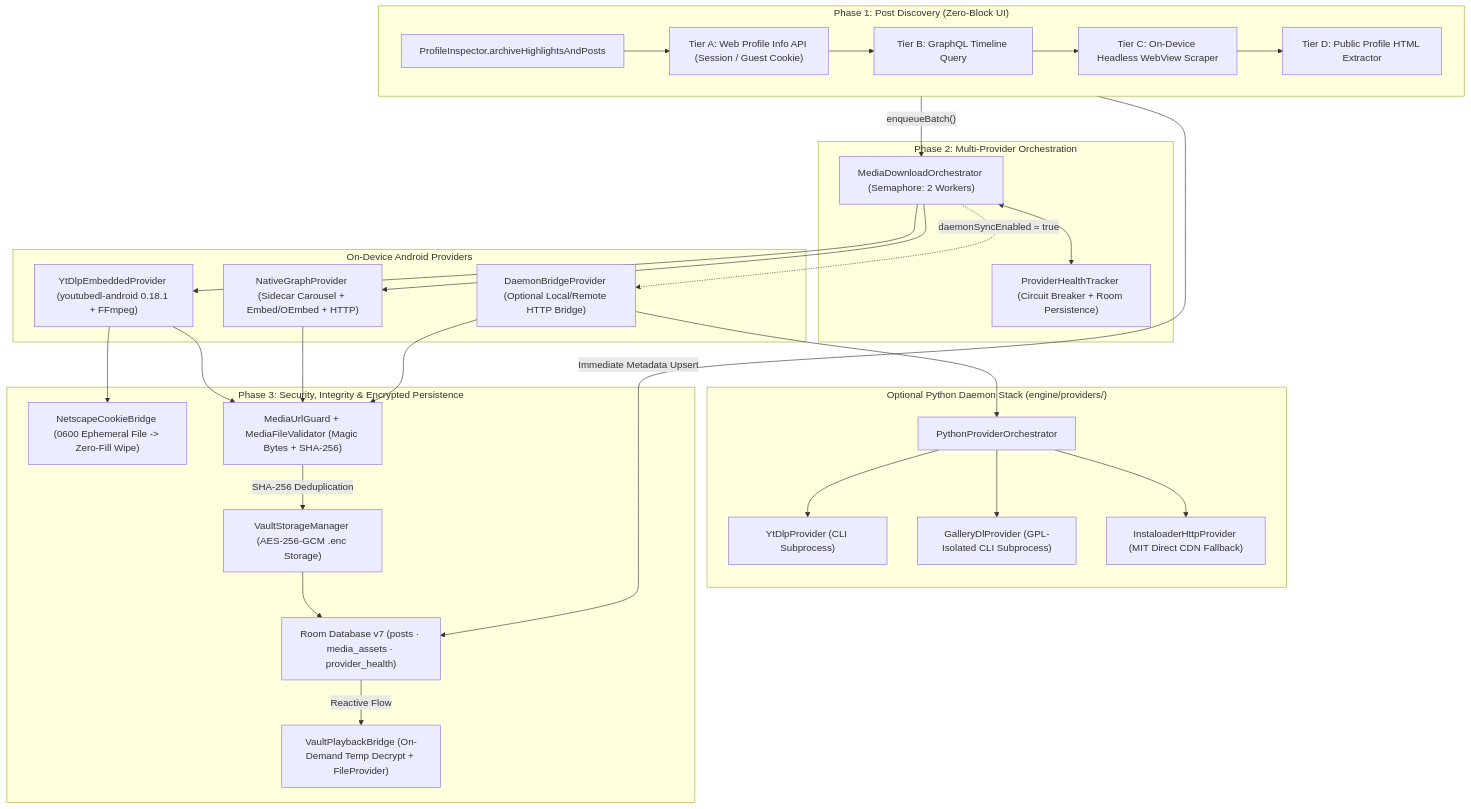
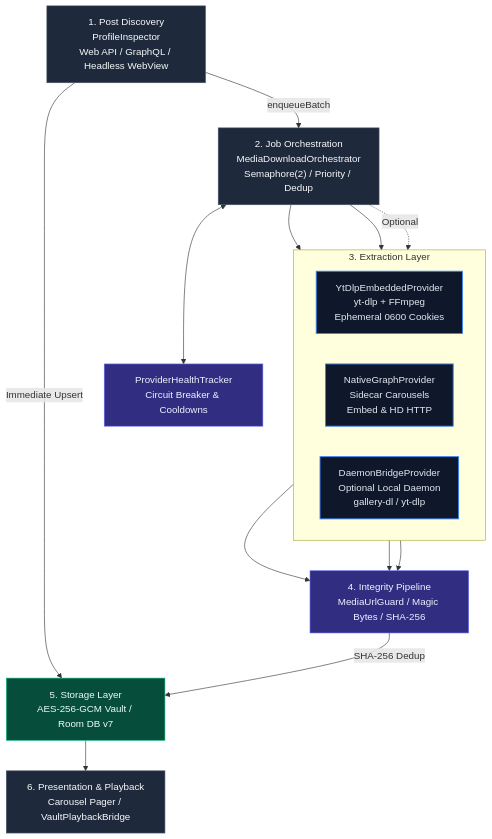
The first of 6 diagrams in docs/MEDIA_ARCHIVING_ARCHITECTURE.md (ramilseferov/instalogger), drawn with Mermaid before and after one commit. The commit also changed other lines of this file and 1 other file, not shown here.

Commit message:
docs(architecture): redesign Mermaid diagrams for vertical GitHub rendering and fix parser syntax

````diff
--- a/docs/MEDIA_ARCHIVING_ARCHITECTURE.md
+++ b/docs/MEDIA_ARCHIVING_ARCHITECTURE.md
@@ -21,58 +21,38 @@
 ```mermaid
-flowchart TD
-    subgraph Discovery["Phase 1: Post Discovery (Zero-Block UI)"]
-        PI["ProfileInspector.archiveHighlightsAndPosts"]
-        T1["Tier A: Web Profile Info API (Session / Guest Cookie)"]
-        T2["Tier B: GraphQL Timeline Query"]
-        T3["Tier C: On-Device Headless WebView Scraper"]
-        T4["Tier D: Public Profile HTML Extractor"]
-        PI --> T1
-        T1 --> T2
-        T2 --> T3
-        T3 --> T4
+flowchart TB
+    D["1. Post Discovery<br/>ProfileInspector<br/>Web API / GraphQL / Headless WebView"]
+    Q["2. Job Orchestration<br/>MediaDownloadOrchestrator<br/>Semaphore(2) / Priority / Dedup"]
+    H["ProviderHealthTracker<br/>Circuit Breaker & Cooldowns"]
+
+    subgraph Providers["3. Extraction Layer"]
+        direction LR
+        P1["YtDlpEmbeddedProvider<br/>yt-dlp + FFmpeg<br/>Ephemeral 0600 Cookies"]
+        P2["NativeGraphProvider<br/>Sidecar Carousels<br/>Embed & HD HTTP"]
+        P3["DaemonBridgeProvider<br/>Optional Local Daemon<br/>gallery-dl / yt-dlp"]
     end
 
-    subgraph Orchestration["Phase 2: Multi-Provider Orchestration"]
-        Orch["MediaDownloadOrchestrator (Semaphore: 2 Workers)"]
-        Health["ProviderHealthTracker (Circuit Breaker + Room Persistence)"]
-        Orch <--> Health
-    end
+    V["4. Integrity Pipeline<br/>MediaUrlGuard / Magic Bytes / SHA-256"]
+    S["5. Storage Layer<br/>AES-256-GCM Vault / Room DB v7"]
+    U["6. Presentation & Playback<br/>Carousel Pager / VaultPlaybackBridge"]
 
-    subgraph AndroidProviders["On-Device Android Providers"]
-        YtDlp["YtDlpEmbeddedProvider (youtubedl-android 0.18.1 + FFmpeg)"]
-        Native["NativeGraphProvider (Sidecar Carousel + Embed/OEmbed + HTTP)"]
-        Daemon["DaemonBridgeProvider (Optional Local/Remote HTTP Bridge)"]
-    end
+    D -->|"Immediate Upsert"| S
+    D -->|"enqueueBatch"| Q
+    Q <--> H
+    Q --> P1
+    Q --> P2
+    Q -. "Optional" .-> P3
+    P1 --> V
+    P2 --> V
+    P3 --> V
+    V -->|"SHA-256 Dedup"| S
+    S --> U
 
-    subgraph PythonProviders["Optional Python Daemon Stack (engine/providers/)"]
-        PyOrch["PythonProviderOrchestrator"]
-        PyYt["YtDlpProvider (CLI Subprocess)"]
-        PyGdl["GalleryDlProvider (GPL-Isolated CLI Subprocess)"]
-        PyHttp["InstaloaderHttpProvider (MIT Direct CDN Fallback)"]
-        PyOrch --> PyYt
-        PyOrch --> PyGdl
-        PyOrch --> PyHttp
-    end
-
-    subgraph IntegrityAndStorage["Phase 3: Security, Integrity & Encrypted Persistence"]
-        Cookie["NetscapeCookieBridge (0600 Ephemeral File -> Zero-Fill Wipe)"]
-        Val["MediaUrlGuard + MediaFileValidator (Magic Bytes + SHA-256)"]
-        Vault["VaultStorageManager (AES-256-GCM .enc Storage)"]
-        DB["Room Database v7 (posts · media_assets · provider_health)"]
-        Play["VaultPlaybackBridge (On-Demand Temp Decrypt + FileProvider)"]
-    end
-
-    Discovery -->|"Immediate Metadata Upsert"| DB
-    Discovery -->|"enqueueBatch()"| Orch
-    Orch --> YtDlp
-    Orch --> Native
-    Orch -. "daemonSyncEnabled = true" .-> Daemon
-    YtDlp --> Cookie
-    Daemon --> PyOrch
-    YtDlp --> Val
-    Native --> Val
-    Daemon --> Val
-    Val -->|"SHA-256 Deduplication"| Vault
-    Vault --> DB
-    DB -->|"Reactive Flow"| Play
+    classDef stage fill:#1e293b,stroke:#475569,color:#f8fafc,stroke-width:1px;
+    classDef engine fill:#0f172a,stroke:#3b82f6,color:#e2e8f0,stroke-width:1.5px;
+    classDef guard fill:#312e81,stroke:#6366f1,color:#eef2ff,stroke-width:1px;
+    classDef store fill:#064e3b,stroke:#10b981,color:#ecfdf5,stroke-width:1px;
+    class D,Q,U stage;
+    class P1,P2,P3 engine;
+    class H,V guard;
+    class S store;
 ```
````
